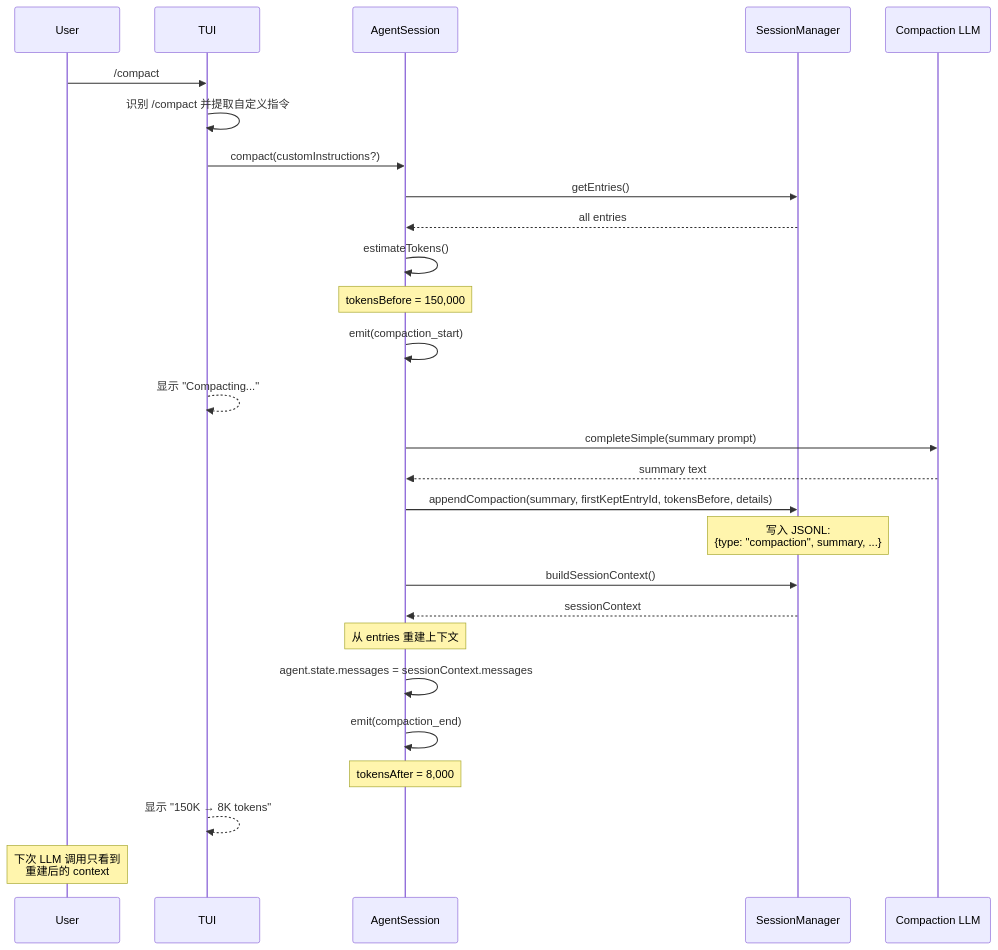
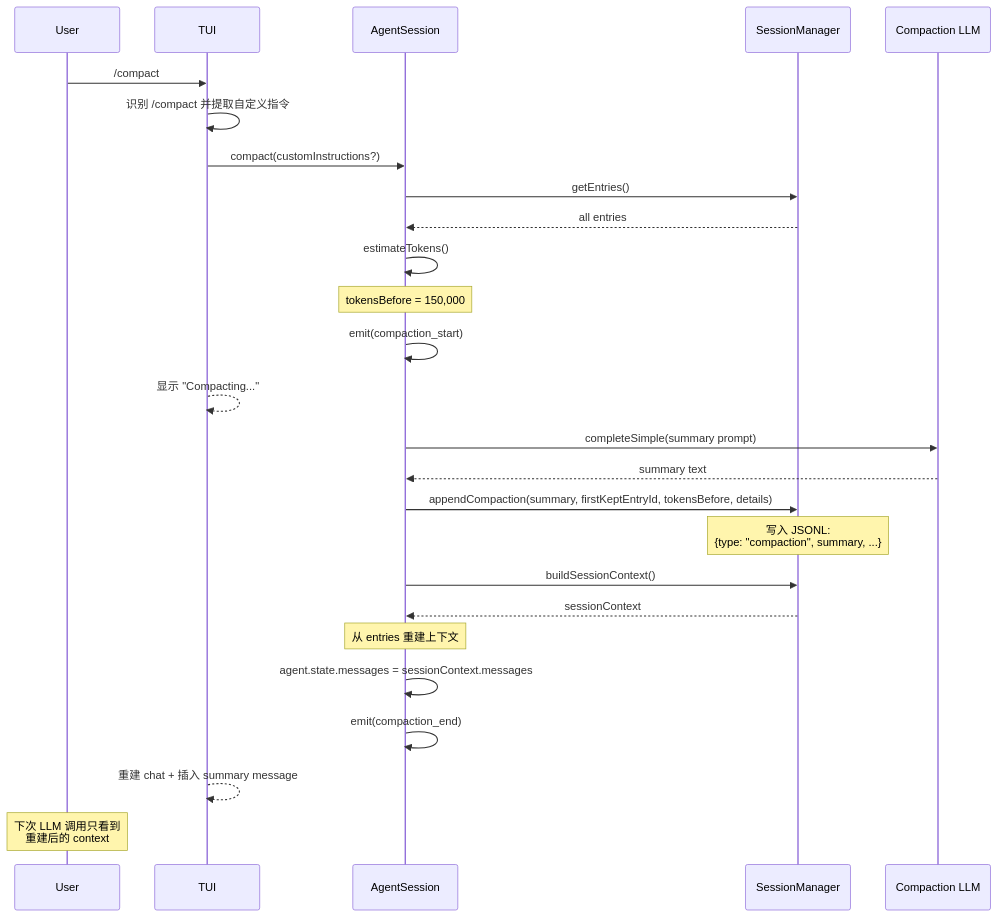
The second of 2 diagrams in src/appendix.md (endlessc/pi-book), drawn with Mermaid before and after one commit. The commit also changed other lines of this file and 7 other files, not shown here.

Commit message:
Polish 8 chapters: mermaid fixes, cross-ref corrections, minor edits

````diff
--- a/src/appendix.md
+++ b/src/appendix.md
@@ -207,36 +211,35 @@
 ```mermaid
 sequenceDiagram
     participant User
     participant TUI
     participant Session as AgentSession
     participant SM as SessionManager
     participant LLM as Compaction LLM
 
     User->>TUI: /compact
     TUI->>TUI: 识别 /compact 并提取自定义指令
     TUI->>Session: compact(customInstructions?)
     Session->>SM: getEntries()
     SM-->>Session: all entries
     Session->>Session: estimateTokens()
     Note over Session: tokensBefore = 150,000
     
     Session->>Session: emit(compaction_start)
     TUI-->>TUI: 显示 "Compacting..."
     
     Session->>LLM: completeSimple(summary prompt)
     LLM-->>Session: summary text
     
     Session->>SM: appendCompaction(summary, firstKeptEntryId, tokensBefore, details)
     Note over SM: 写入 JSONL:<br/>{type: "compaction", summary, ...}
     
     Session->>SM: buildSessionContext()
     SM-->>Session: sessionContext
     Note over Session: 从 entries 重建上下文
     Session->>Session: agent.state.messages = sessionContext.messages
     
     Session->>Session: emit(compaction_end)
-    Note over Session: tokensAfter = 8,000
-    TUI-->>TUI: 显示 "150K → 8K tokens"
+    TUI-->>TUI: 重建 chat + 插入 summary message
     
     Note over User: 下次 LLM 调用只看到<br/>重建后的 context
 ```
````
